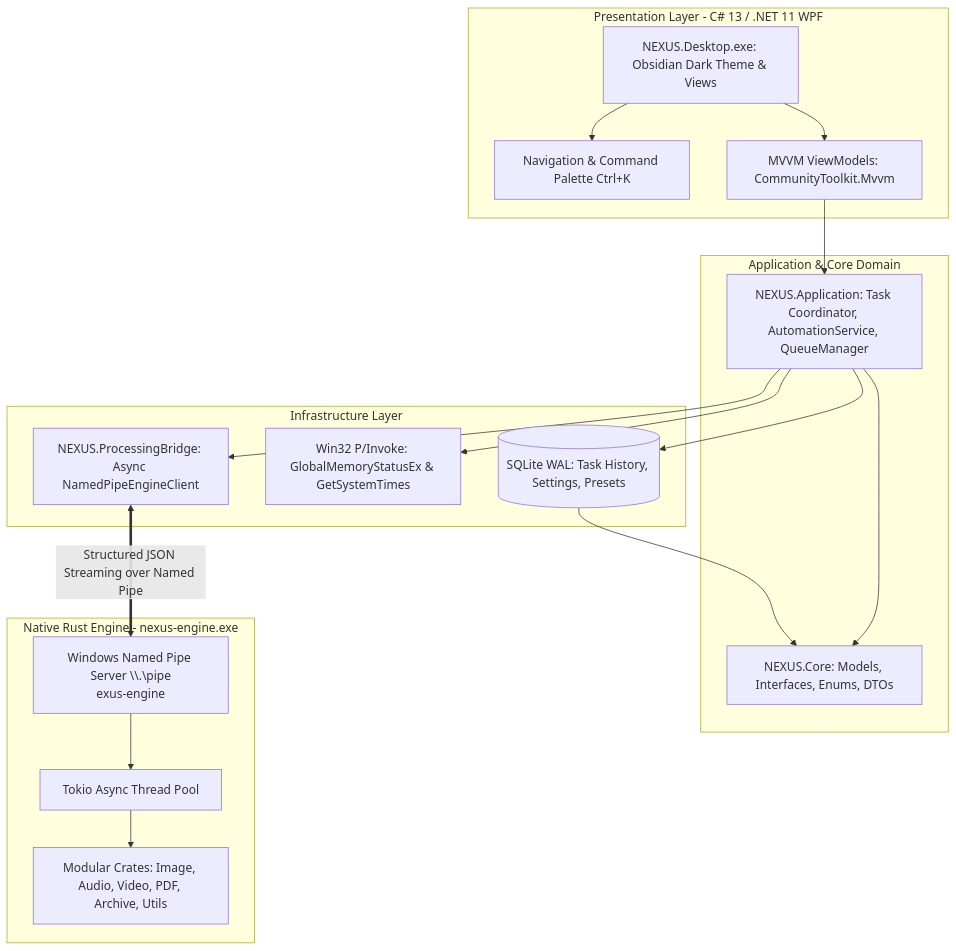
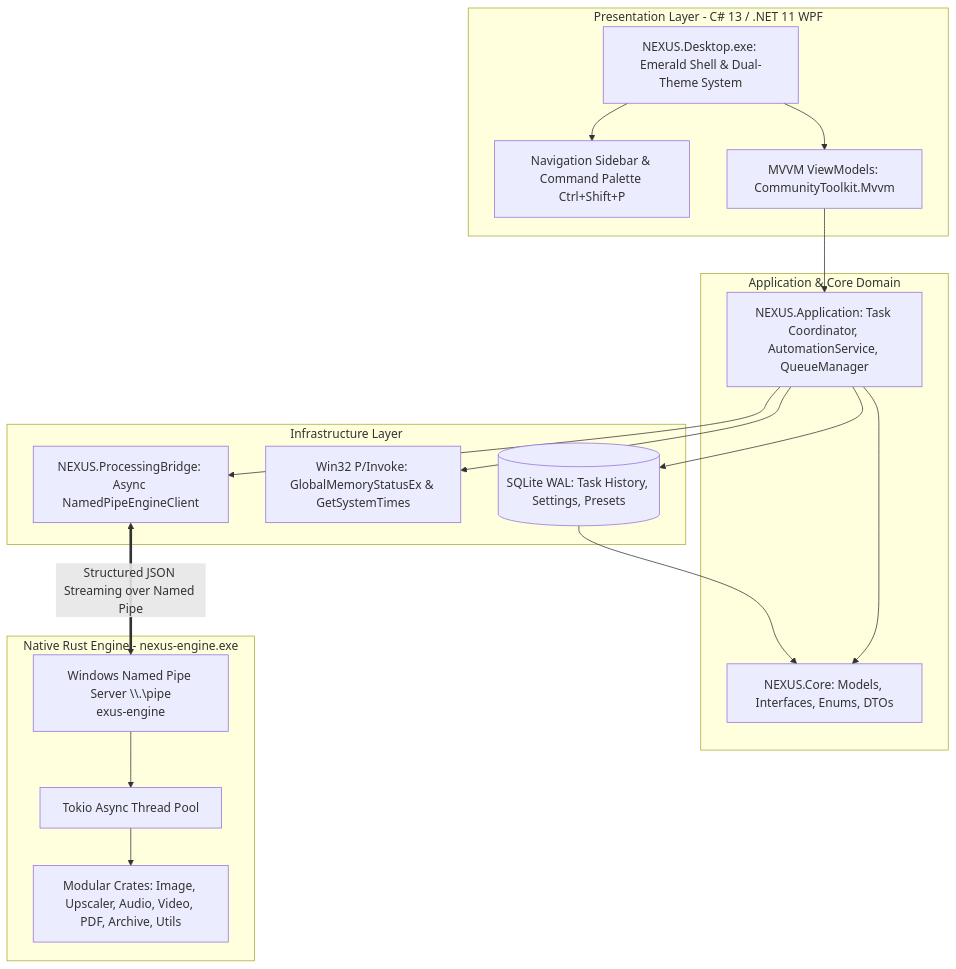
Before and after one commit to Rohanjm911/NEXUS: the diagram in README.md, drawn with Mermaid. The commit also changed other lines of this file and 3 other files, not shown here.

Commit message:
docs: update README.md, portable guide, and CHANGELOG.md for Emerald Edition and AI Image Upscaler

````diff
--- a/README.md
+++ b/README.md
@@ -73,37 +99,37 @@
 ```mermaid
 graph TD
     subgraph UI_Layer [Presentation Layer - C# 13 / .NET 11 WPF]
-        UI[NEXUS.Desktop.exe: Obsidian Dark Theme & Views]
-        Nav[Navigation & Command Palette Ctrl+K]
+        UI[NEXUS.Desktop.exe: Emerald Shell & Dual-Theme System]
+        Nav[Navigation Sidebar & Command Palette Ctrl+Shift+P]
         VM[MVVM ViewModels: CommunityToolkit.Mvvm]
         UI --> Nav
         UI --> VM
     end
 
     subgraph App_Layer [Application & Core Domain]
         App[NEXUS.Application: Task Coordinator, AutomationService, QueueManager]
         Core[NEXUS.Core: Models, Interfaces, Enums, DTOs]
         VM --> App
         App --> Core
     end
 
     subgraph Infra_Layer [Infrastructure Layer]
         DB[(SQLite WAL: Task History, Settings, Presets)]
         Telemetry[Win32 P/Invoke: GlobalMemoryStatusEx & GetSystemTimes]
         Bridge[NEXUS.ProcessingBridge: Async NamedPipeEngineClient]
         App --> DB
         App --> Telemetry
         App --> Bridge
         DB --> Core
     end
 
     subgraph Rust_Daemon [Native Rust Engine - nexus-engine.exe]
         IPCServer[Windows Named Pipe Server \\.\pipe\nexus-engine]
         TokioPool[Tokio Async Thread Pool]
-        Crates[Modular Crates: Image, Audio, Video, PDF, Archive, Utils]
+        Crates[Modular Crates: Image, Upscaler, Audio, Video, PDF, Archive, Utils]
         IPCServer --> TokioPool
         TokioPool --> Crates
     end
 
     Bridge <==>|Structured JSON Streaming over Named Pipe| IPCServer
 ```
````
